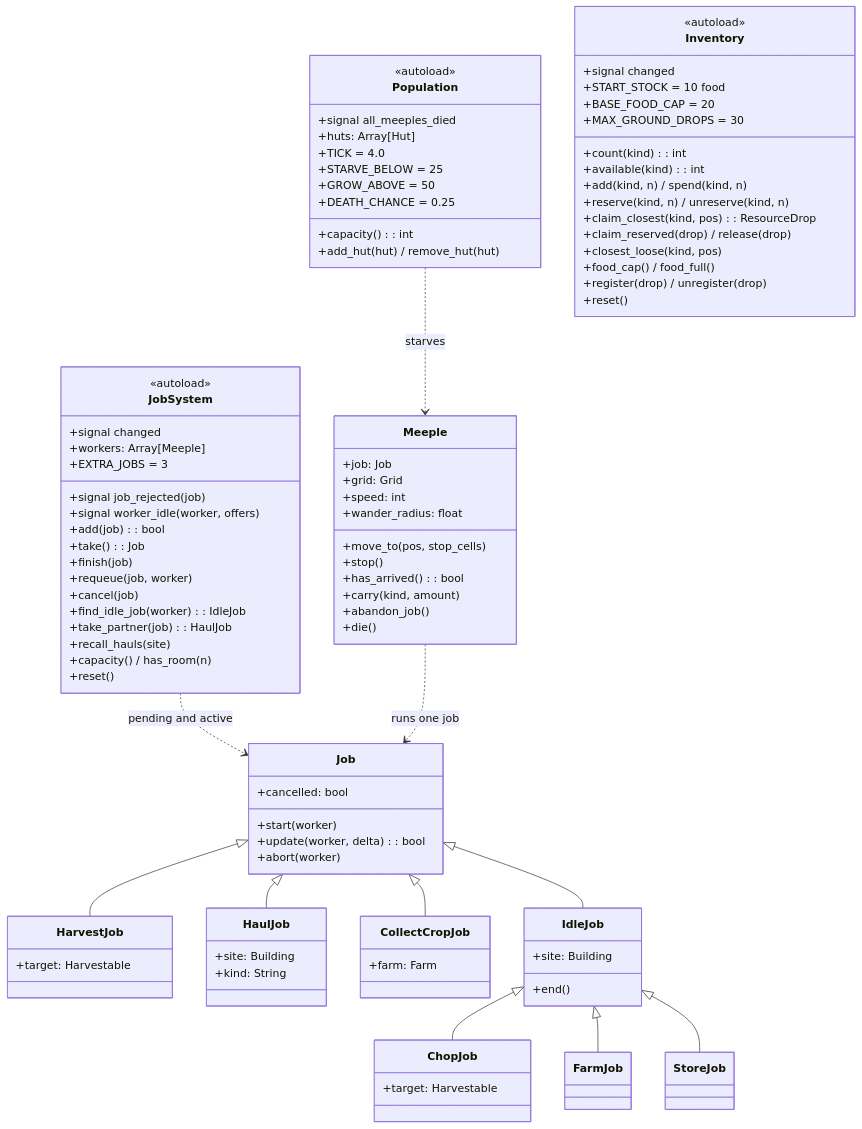
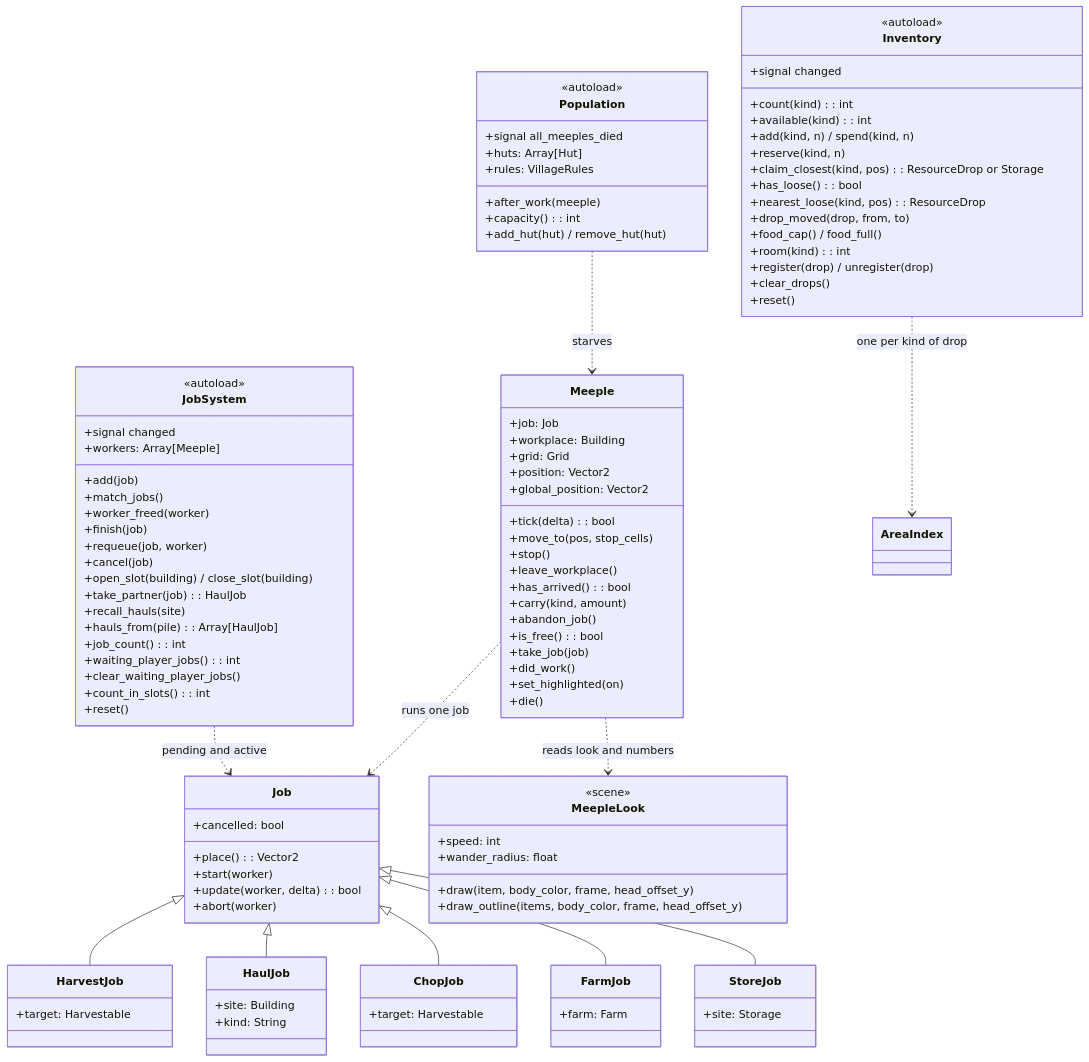
Before and after one commit to Liam-M-Mays/game-jam-2026: the tenth of 11 diagrams in docs/architecture.md, drawn with Mermaid. The commit also changed other lines of this file and 162 other files, not shown here.

````diff
--- a/docs/architecture.md
+++ b/docs/architecture.md
@@ -493,65 +621,80 @@
     class JobSystem {
         <<autoload>>
         +signal changed
-        +signal job_rejected(job)
-        +signal worker_idle(worker, offers)
         +workers: Array[Meeple]
-        +EXTRA_JOBS = 3
-        +add(job): bool
-        +take(): Job
+        +add(job)
+        +match_jobs()
+        +worker_freed(worker)
         +finish(job)
         +requeue(job, worker)
         +cancel(job)
-        +find_idle_job(worker): IdleJob
+        +open_slot(building) / close_slot(building)
         +take_partner(job): HaulJob
         +recall_hauls(site)
-        +capacity() / has_room(n)
+        +hauls_from(pile): Array[HaulJob]
+        +job_count(): int
+        +waiting_player_jobs(): int
+        +clear_waiting_player_jobs()
+        +count_in_slots(): int
         +reset()
     }
     class Job {
         +cancelled: bool
+        +place(): Vector2
         +start(worker)
         +update(worker, delta): bool
         +abort(worker)
     }
     class Meeple {
         +job: Job
+        +workplace: Building
         +grid: Grid
-        +speed: int
-        +wander_radius: float
+        +position: Vector2
+        +global_position: Vector2
+        +tick(delta): bool
         +move_to(pos, stop_cells)
         +stop()
+        +leave_workplace()
         +has_arrived(): bool
         +carry(kind, amount)
         +abandon_job()
+        +is_free(): bool
+        +take_job(job)
+        +did_work()
+        +set_highlighted(on)
         +die()
+    }
+    class MeepleLook {
+        <<scene>>
+        +speed: int
+        +wander_radius: float
+        +draw(item, body_color, frame, head_offset_y)
+        +draw_outline(items, body_color, frame, head_offset_y)
     }
     class Population {
         <<autoload>>
         +signal all_meeples_died
         +huts: Array[Hut]
-        +TICK = 4.0
-        +STARVE_BELOW = 25
-        +GROW_ABOVE = 50
-        +DEATH_CHANCE = 0.25
+        +rules: VillageRules
+        +after_work(meeple)
         +capacity(): int
         +add_hut(hut) / remove_hut(hut)
     }
     class Inventory {
         <<autoload>>
         +signal changed
-        +START_STOCK = 10 food
-        +BASE_FOOD_CAP = 20
-        +MAX_GROUND_DROPS = 30
         +count(kind): int
         +available(kind): int
         +add(kind, n) / spend(kind, n)
-        +reserve(kind, n) / unreserve(kind, n)
-        +claim_closest(kind, pos): ResourceDrop
-        +claim_reserved(drop) / release(drop)
-        +closest_loose(kind, pos)
+        +reserve(kind, n)
+        +claim_closest(kind, pos): ResourceDrop or Storage
+        +has_loose(): bool
+        +nearest_loose(kind, pos): ResourceDrop
+        +drop_moved(drop, from, to)
         +food_cap() / food_full()
+        +room(kind): int
         +register(drop) / unregister(drop)
+        +clear_drops()
         +reset()
     }
     class HarvestJob {
@@ -561,28 +704,23 @@
         +site: Building
         +kind: String
     }
-    class CollectCropJob {
-        +farm: Farm
-    }
-    class IdleJob {
-        +site: Building
-        +end()
-    }
     class ChopJob {
         +target: Harvestable
     }
     class FarmJob {
+        +farm: Farm
     }
     class StoreJob {
+        +site: Storage
     }
     Job <|-- HarvestJob
     Job <|-- HaulJob
-    Job <|-- CollectCropJob
-    Job <|-- IdleJob
-    IdleJob <|-- ChopJob
-    IdleJob <|-- FarmJob
-    IdleJob <|-- StoreJob
+    Job <|-- ChopJob
+    Job <|-- FarmJob
+    Job <|-- StoreJob
     JobSystem ..> Job : pending and active
+    Inventory ..> AreaIndex : one per kind of drop
     Meeple ..> Job : runs one job
+    Meeple ..> MeepleLook : reads look and numbers
     Population ..> Meeple : starves
 ```
````
